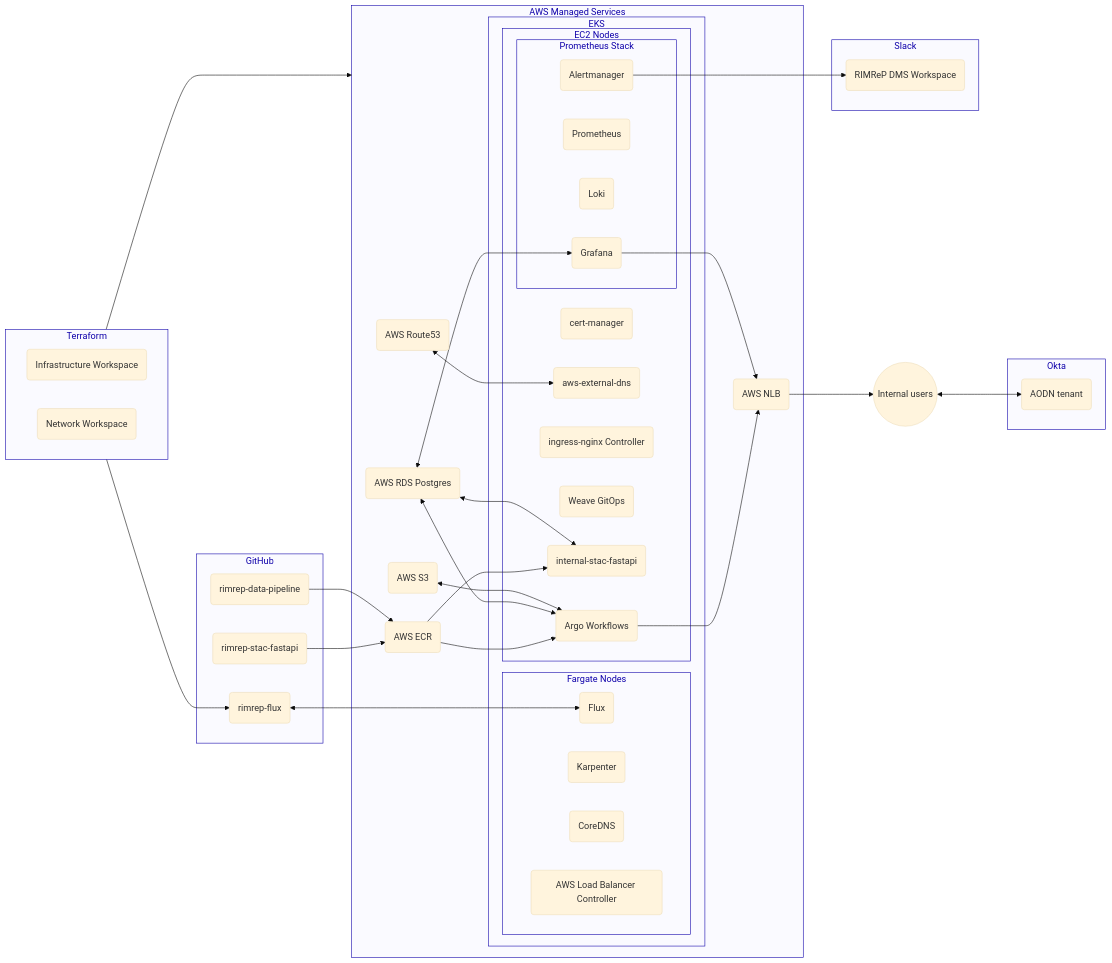
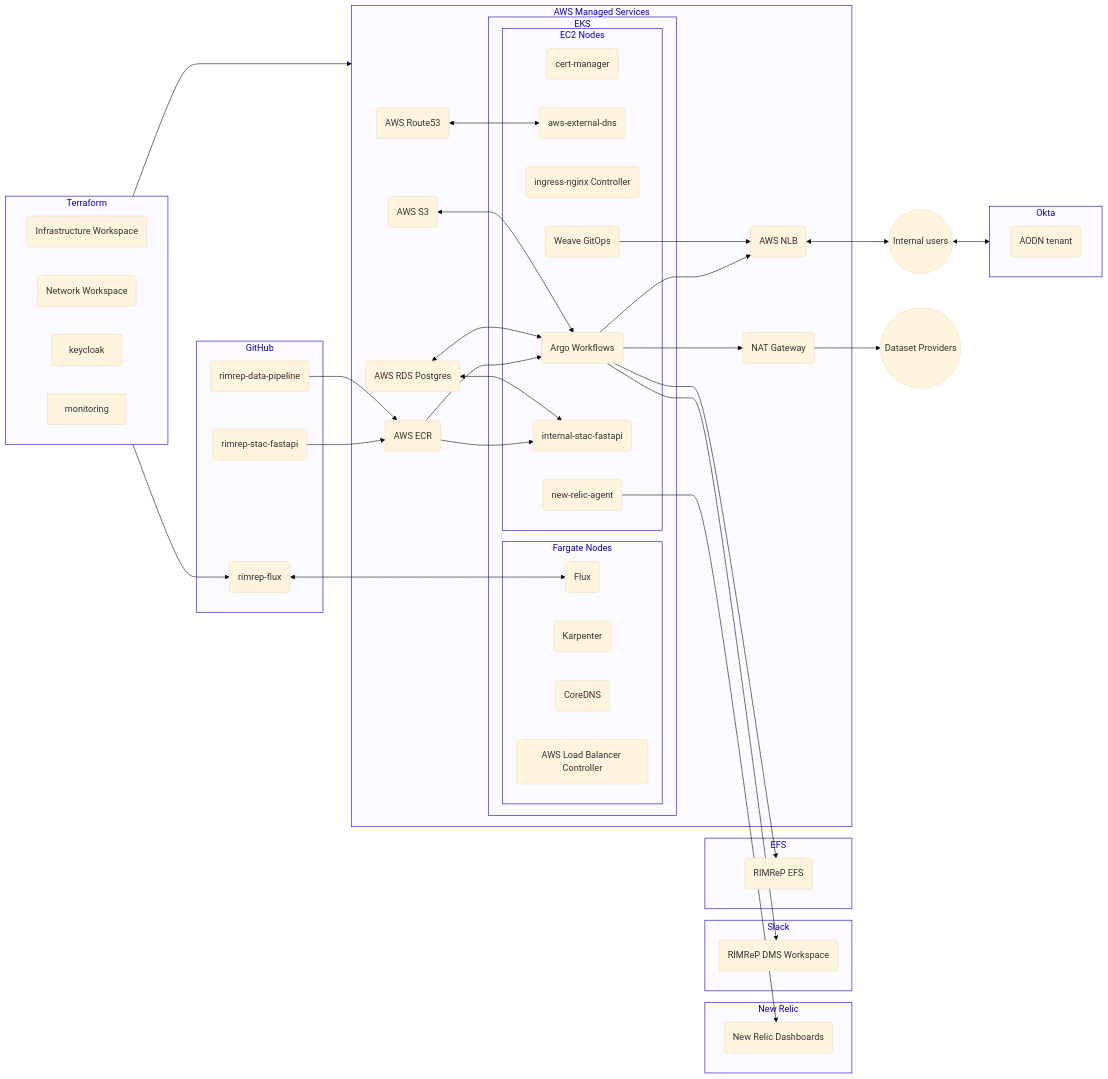
Before and after one commit to gbr-dms/rimrep-documentation: the first of 2 diagrams in docs/architecture/components/iac.md, drawn with Mermaid. The commit also changed other lines of this file, not shown here.

````diff
--- a/docs/architecture/components/iac.md
+++ b/docs/architecture/components/iac.md
@@ -30,10 +141,18 @@
     direction LR
     infrastructure(Infrastructure Workspace)
     network(Network Workspace)
+    keycloak
+    monitoring
+
   end
 
   subgraph "Okta"
+    direction LR
     aodn_tenant("AODN tenant")
+  end
+
+  subgraph "New Relic"
+    new_relic("New Relic Dashboards")
   end
 
   subgraph "Slack"
@@ -46,9 +165,14 @@
     flux_repo(rimrep-flux)
   end
 
+  subgraph "EFS"
+    efs("RIMReP EFS")
+  end
+
   subgraph aws["AWS Managed Services"]
     route53("AWS Route53")
     lb("AWS NLB ")
+    nat("NAT Gateway")
 
     rds("AWS RDS Postgres")
     s3("AWS S3")
@@ -67,16 +191,10 @@
         aws_external_dns(aws-external-dns)
         ingress_nginx(ingress-nginx Controller)
 
-        subgraph prometheus_stack["Prometheus Stack"]
-          alertmanager(Alertmanager)
-          prometheus(Prometheus)
-          loki(Loki)
-          grafana(Grafana)
-        end
-
         argo_workflows(Argo Workflows)
         ww_gitops(Weave GitOps)
         internal_stac_fastapi(internal-stac-fastapi)
+        new_relic_agent(new-relic-agent)
       end
     end
   end
@@ -91,18 +209,27 @@
 
   users((Internal users))
 
+  dataset_providers((Dataset Providers))
+
   route53 <--> aws_external_dns
 
-  rds <--> grafana & argo_workflows & internal_stac_fastapi
+  rds <--> argo_workflows & internal_stac_fastapi
 
-  lb --> users
+  lb <--> users
 
   s3 <--> argo_workflows
 
-  argo_workflows & grafana --> lb
+  argo_workflows & ww_gitops --> lb
+
+  argo_workflows --> efs & nat
+
+  nat --> dataset_providers
 
   users <--> aodn_tenant
 
-  alertmanager ---> slack
+  new_relic_agent --> new_relic
+
+  argo_workflows --> slack
+
 
 ```
````
